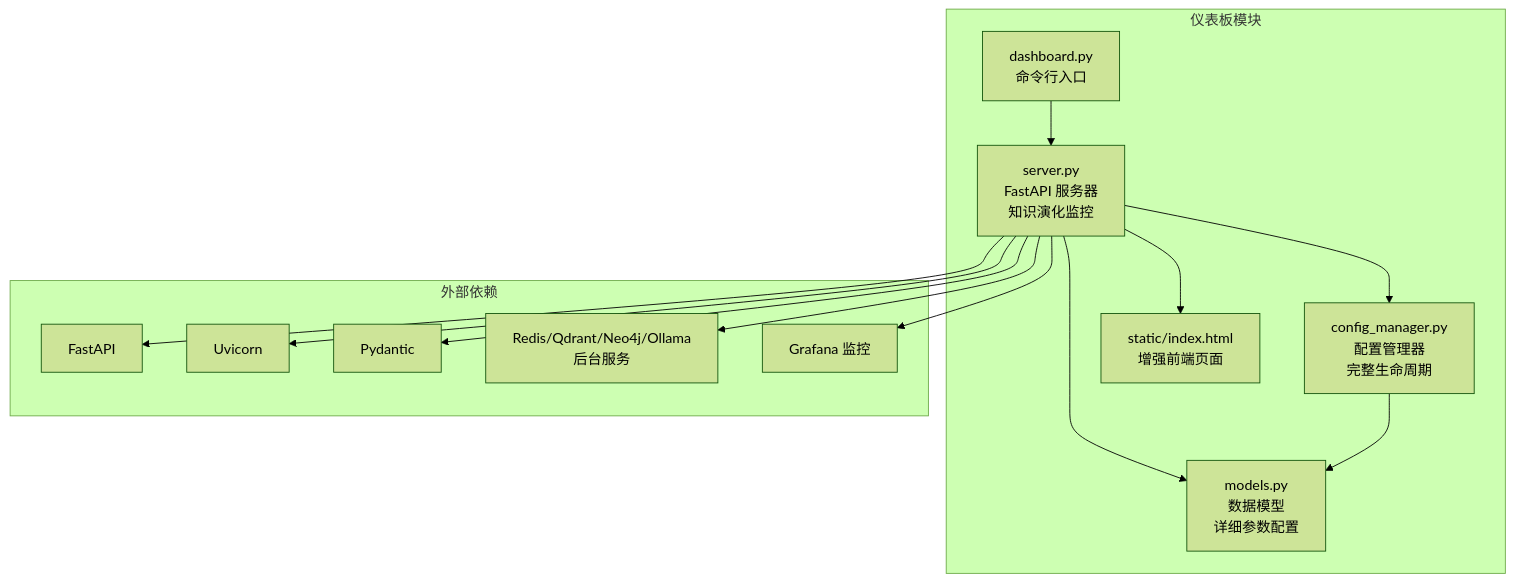
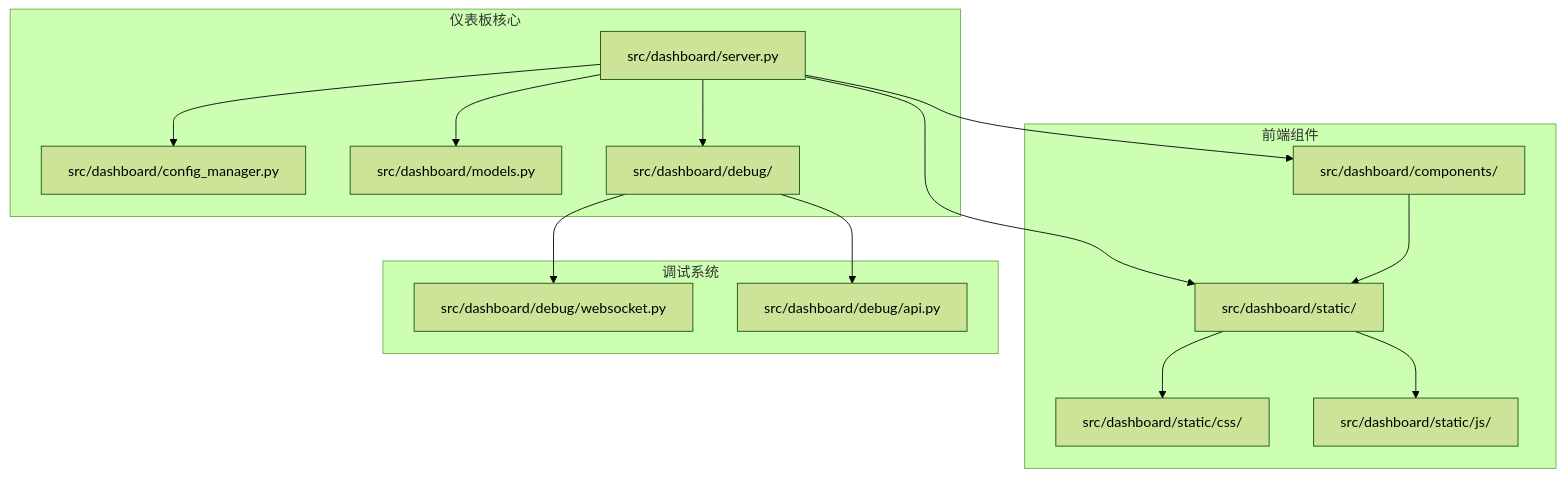
One commit to JieGaoPrinceton/NecoRAG changed the first of 11 diagrams in .qoder/repowiki/zh/content/仪表板系统/仪表板系统.md. Above: the diagram before and after it, drawn with Mermaid (forest theme). The commit also changed other lines of this file and 181 other files, not shown here.

````diff
--- a/.qoder/repowiki/zh/content/仪表板系统/仪表板系统.md
+++ b/.qoder/repowiki/zh/content/仪表板系统/仪表板系统.md
@@ -53,27 +47,19 @@
 ```mermaid
 graph TB
-subgraph "仪表板模块"
-A["dashboard.py<br/>命令行入口"]
-B["server.py<br/>FastAPI 服务器<br/>知识演化监控"]
-C["config_manager.py<br/>配置管理器<br/>完整生命周期"]
-D["models.py<br/>数据模型<br/>详细参数配置"]
-E["static/index.html<br/>增强前端页面"]
+subgraph "仪表板核心"
+A[src/dashboard/server.py] --> B[src/dashboard/config_manager.py]
+A --> C[src/dashboard/models.py]
+A --> D[src/dashboard/debug/]
 end
-subgraph "外部依赖"
-F["FastAPI"]
-G["Uvicorn"]
-H["Pydantic"]
-I["Redis/Qdrant/Neo4j/Ollama<br/>后台服务"]
-J["Grafana 监控"]
+subgraph "前端组件"
+E[src/dashboard/components/] --> F[src/dashboard/static/]
+F --> G[src/dashboard/static/css/]
+F --> H[src/dashboard/static/js/]
 end
-A --> B
-B --> C
-B --> D
-B --> E
-C --> D
-B --> F
-B --> G
-B --> H
-B --> I
-B --> J
+subgraph "调试系统"
+D --> I[src/dashboard/debug/websocket.py]
+D --> J[src/dashboard/debug/api.py]
+end
+A --> E
+A --> F
 ```
````
